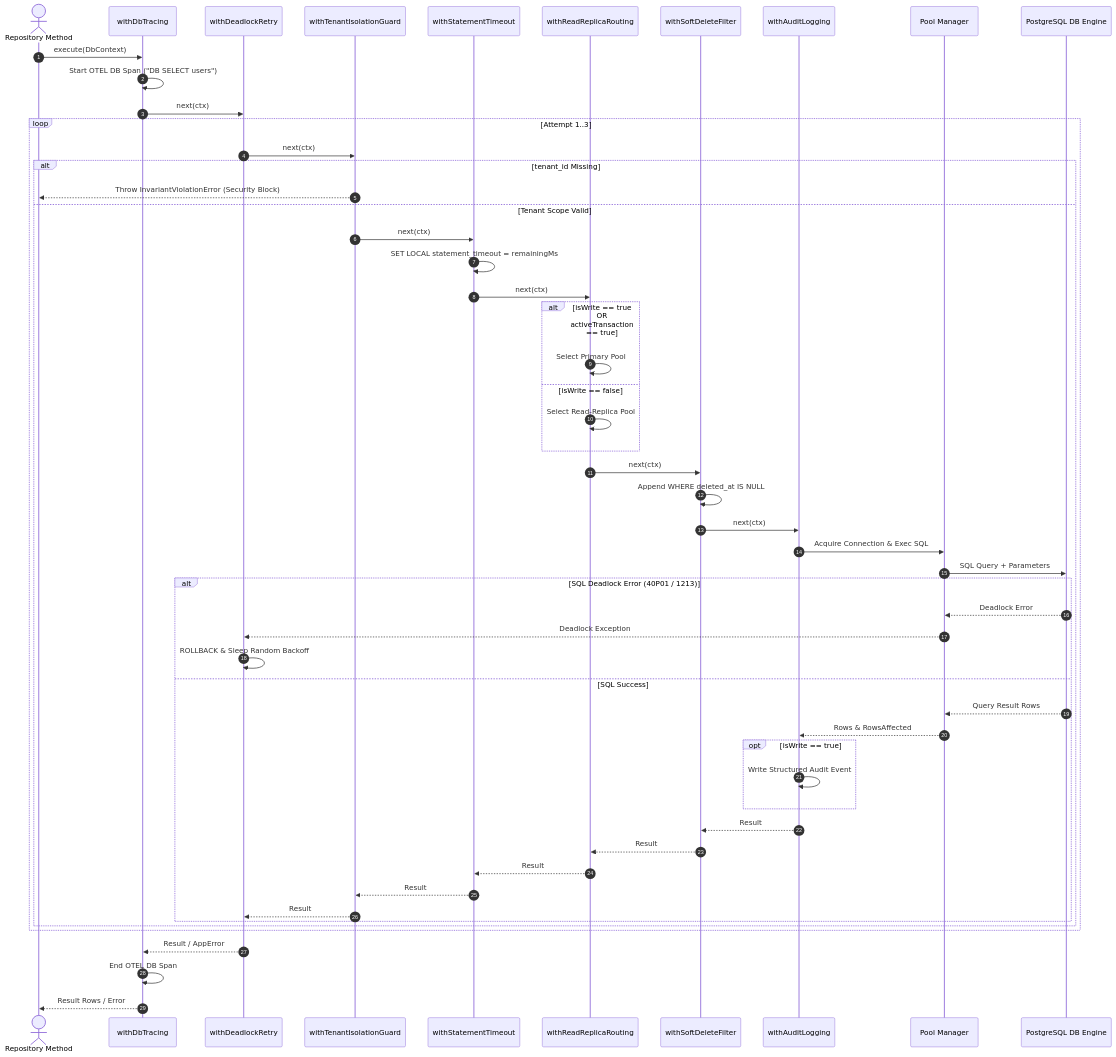
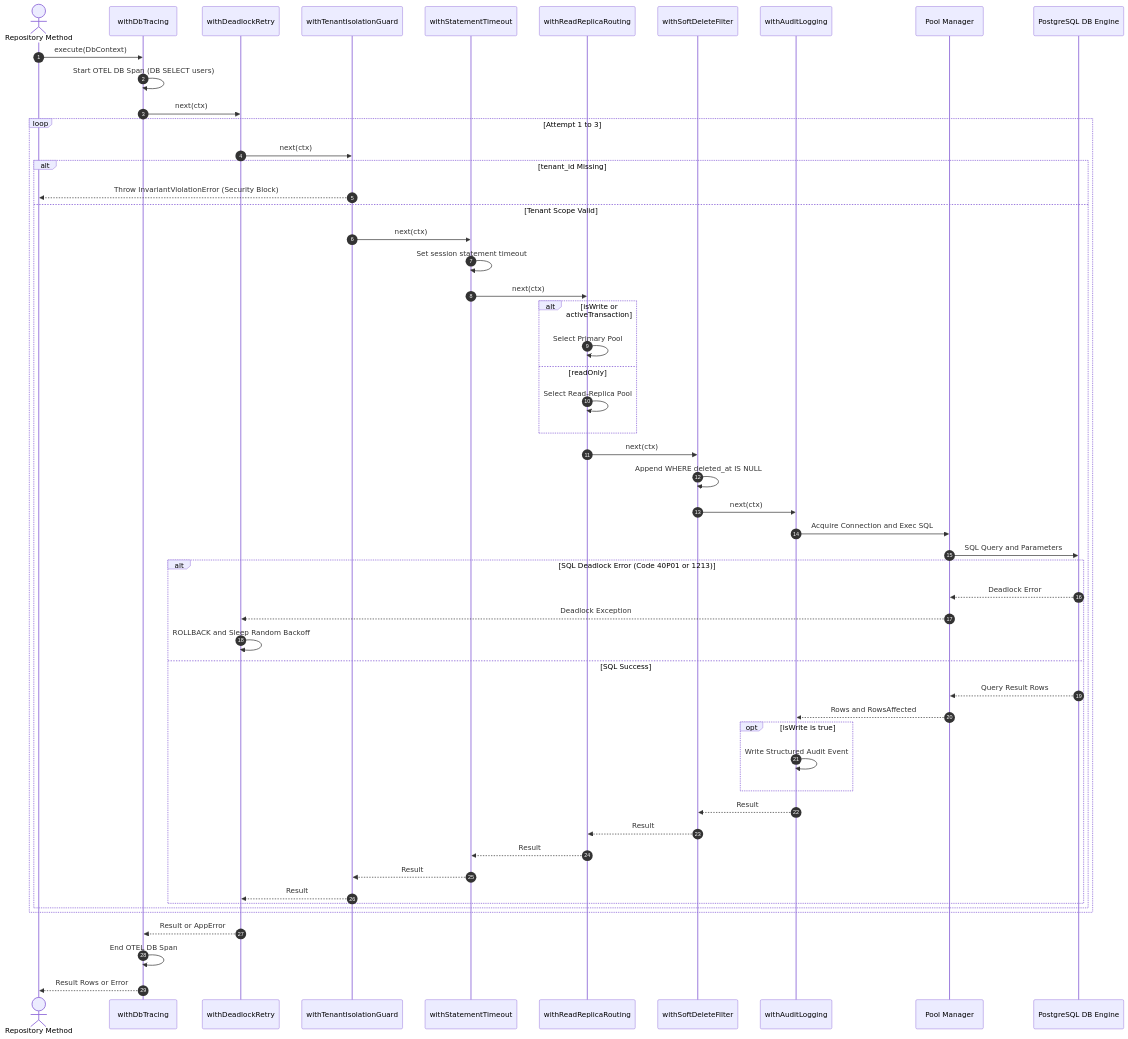
One commit to Chief-Strategist-J/llm-observability-platform changed the third of 3 diagrams in policies/rules/codeQuality/middleware/database-middleware.md. Above: the diagram before and after it, drawn with Mermaid. The commit also changed other lines of this file and 5 other files, not shown here.

Commit message:
fix(docs): resolve Mermaid rendering syntax errors in all 6 middleware reference sequence diagrams

````diff
--- a/policies/rules/codeQuality/middleware/database-middleware.md
+++ b/policies/rules/codeQuality/middleware/database-middleware.md
@@ -117,57 +117,57 @@
 ```mermaid
 sequenceDiagram
     autonumber
     actor Repo as Repository Method
     participant Tracing as withDbTracing
     participant Deadlock as withDeadlockRetry
     participant Tenant as withTenantIsolationGuard
     participant Timeout as withStatementTimeout
     participant Replica as withReadReplicaRouting
     participant SoftDel as withSoftDeleteFilter
     participant Audit as withAuditLogging
     participant Pool as Pool Manager
     participant DB as PostgreSQL DB Engine
 
     Repo->>Tracing: execute(DbContext)
-    Tracing->>Tracing: Start OTEL DB Span ("DB SELECT users")
+    Tracing->>Tracing: Start OTEL DB Span (DB SELECT users)
     Tracing->>Deadlock: next(ctx)
-    loop Attempt 1..3
+    loop Attempt 1 to 3
         Deadlock->>Tenant: next(ctx)
         alt tenant_id Missing
             Tenant-->>Repo: Throw InvariantViolationError (Security Block)
         else Tenant Scope Valid
             Tenant->>Timeout: next(ctx)
-            Timeout->>Timeout: SET LOCAL statement_timeout = remainingMs
+            Timeout->>Timeout: Set session statement timeout
             Timeout->>Replica: next(ctx)
-            alt isWrite == true OR activeTransaction == true
+            alt isWrite or activeTransaction
                 Replica->>Replica: Select Primary Pool
-            else isWrite == false
+            else readOnly
                 Replica->>Replica: Select Read-Replica Pool
             end
             Replica->>SoftDel: next(ctx)
             SoftDel->>SoftDel: Append WHERE deleted_at IS NULL
             SoftDel->>Audit: next(ctx)
-            Audit->>Pool: Acquire Connection & Exec SQL
-            Pool->>DB: SQL Query + Parameters
-            alt SQL Deadlock Error (40P01 / 1213)
+            Audit->>Pool: Acquire Connection and Exec SQL
+            Pool->>DB: SQL Query and Parameters
+            alt SQL Deadlock Error (Code 40P01 or 1213)
                 DB-->>Pool: Deadlock Error
                 Pool-->>Deadlock: Deadlock Exception
-                Deadlock->>Deadlock: ROLLBACK & Sleep Random Backoff
+                Deadlock->>Deadlock: ROLLBACK and Sleep Random Backoff
             else SQL Success
                 DB-->>Pool: Query Result Rows
-                Pool-->>Audit: Rows & RowsAffected
-                opt isWrite == true
+                Pool-->>Audit: Rows and RowsAffected
+                opt isWrite is true
                     Audit->>Audit: Write Structured Audit Event
                 end
                 Audit-->>SoftDel: Result
                 SoftDel-->>Replica: Result
                 Replica-->>Timeout: Result
                 Timeout-->>Tenant: Result
                 Tenant-->>Deadlock: Result
             end
         end
     end
-    Deadlock-->>Tracing: Result / AppError
+    Deadlock-->>Tracing: Result or AppError
     Tracing->>Tracing: End OTEL DB Span
-    Tracing-->>Repo: Result Rows / Error
+    Tracing-->>Repo: Result Rows or Error
 ```
````
